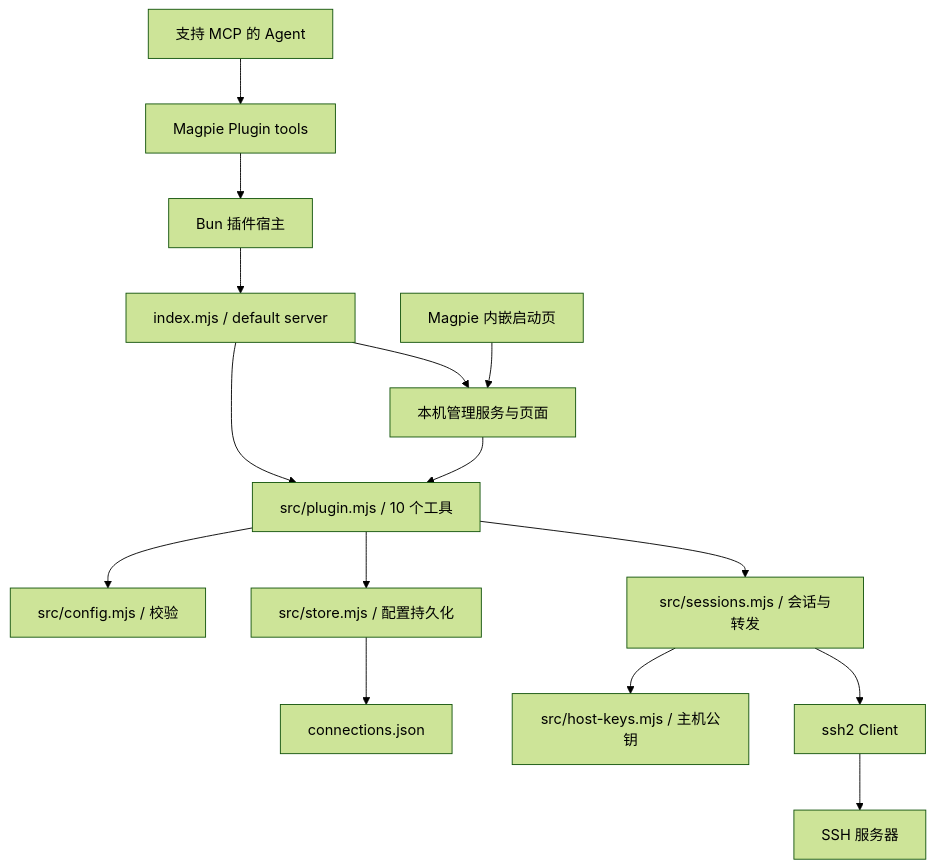
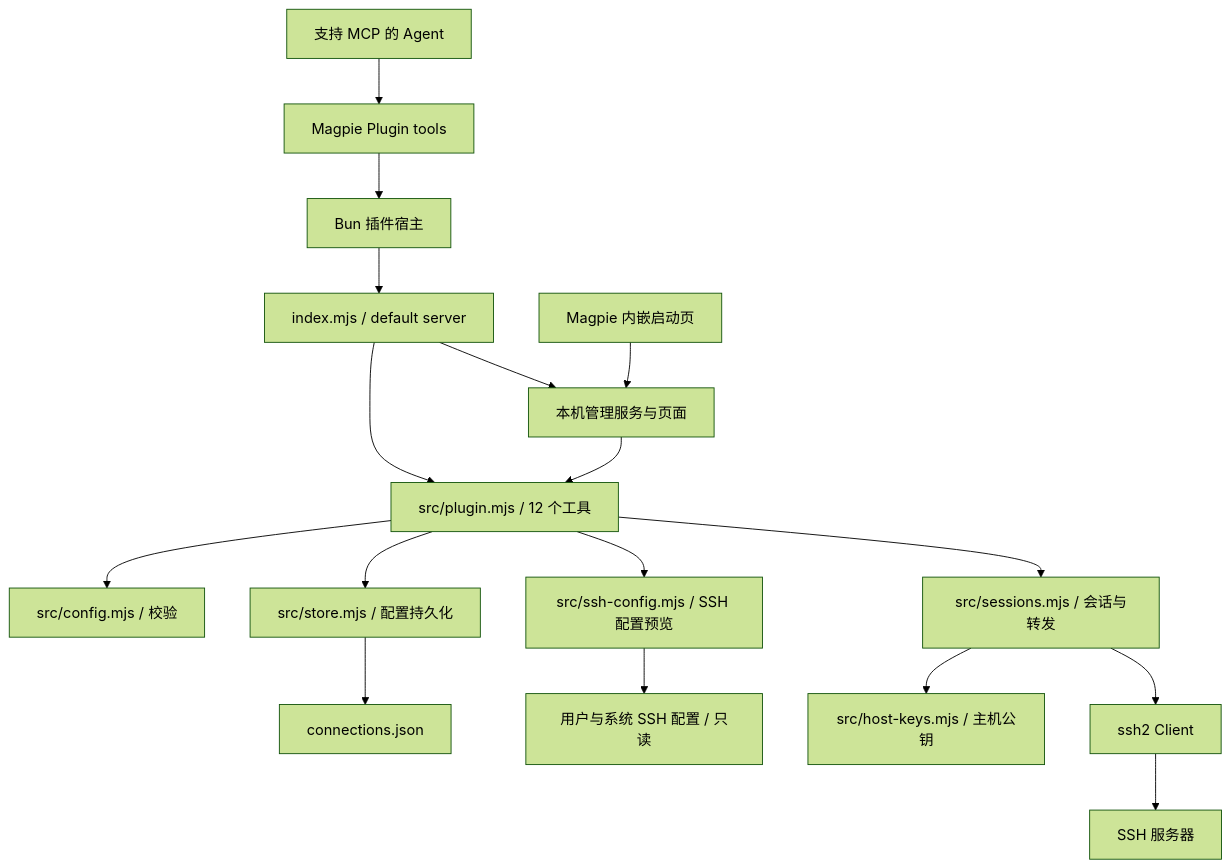
Before and after one commit to zhaoyi2018/magpie-remote: the first of 4 diagrams in docs/architecture.md, drawn with Mermaid (forest theme). The commit also changed other lines of this file and 26 other files, not shown here.

````diff
--- a/docs/architecture.md
+++ b/docs/architecture.md
@@ -5,17 +5,19 @@
 ```mermaid
 flowchart TD
   Agent[支持 MCP 的 Agent] --> Gateway[Magpie Plugin tools]
   Gateway --> Host[Bun 插件宿主]
   Host --> Entry[index.mjs / default server]
-  Entry --> Tools[src/plugin.mjs / 10 个工具]
+  Entry --> Tools[src/plugin.mjs / 12 个工具]
   Page[Magpie 内嵌启动页] --> UI[本机管理服务与页面]
   Entry --> UI
   UI --> Tools
   Tools --> Config[src/config.mjs / 校验]
   Tools --> Store[src/store.mjs / 配置持久化]
+  Tools --> Import[src/ssh-config.mjs / SSH 配置预览]
+  Import --> Source[用户与系统 SSH 配置 / 只读]
   Tools --> Sessions[src/sessions.mjs / 会话与转发]
   Sessions --> Trust[src/host-keys.mjs / 主机公钥]
   Sessions --> SSH[ssh2 Client]
   SSH --> Server[SSH 服务器]
   Store --> File[connections.json]
 ```
````
